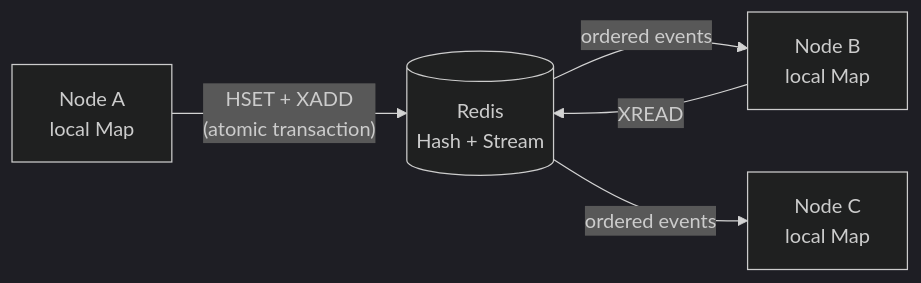
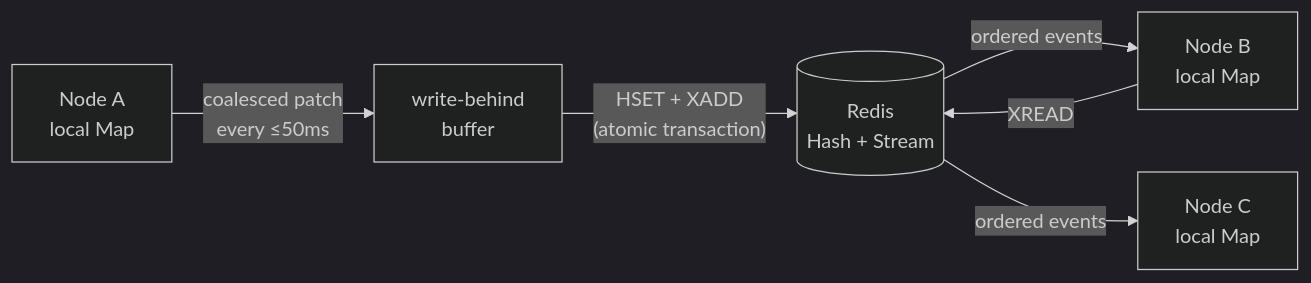
Before and after one commit to alzalabany/redis-dist-map: the diagram in README.md, drawn with Mermaid (dark theme). The commit also changed other lines of this file and 4 other files, not shown here.

````diff
--- a/README.md
+++ b/README.md
@@ -63,7 +65,8 @@
 ```mermaid
 flowchart LR
-  A["Node A<br/>local Map"] -->|"HSET + XADD<br/>(atomic transaction)"| R[("Redis<br/>Hash + Stream")]
+  A["Node A<br/>local Map"] -->|"coalesced patch<br/>every ≤50ms"| W["write-behind<br/>buffer"]
+  W -->|"HSET + XADD<br/>(atomic transaction)"| R[("Redis<br/>Hash + Stream")]
   B["Node B<br/>local Map"] -->|"XREAD"| R
   R -->|"ordered events"| B
   R -->|"ordered events"| C["Node C<br/>local Map"]
 ```
````
